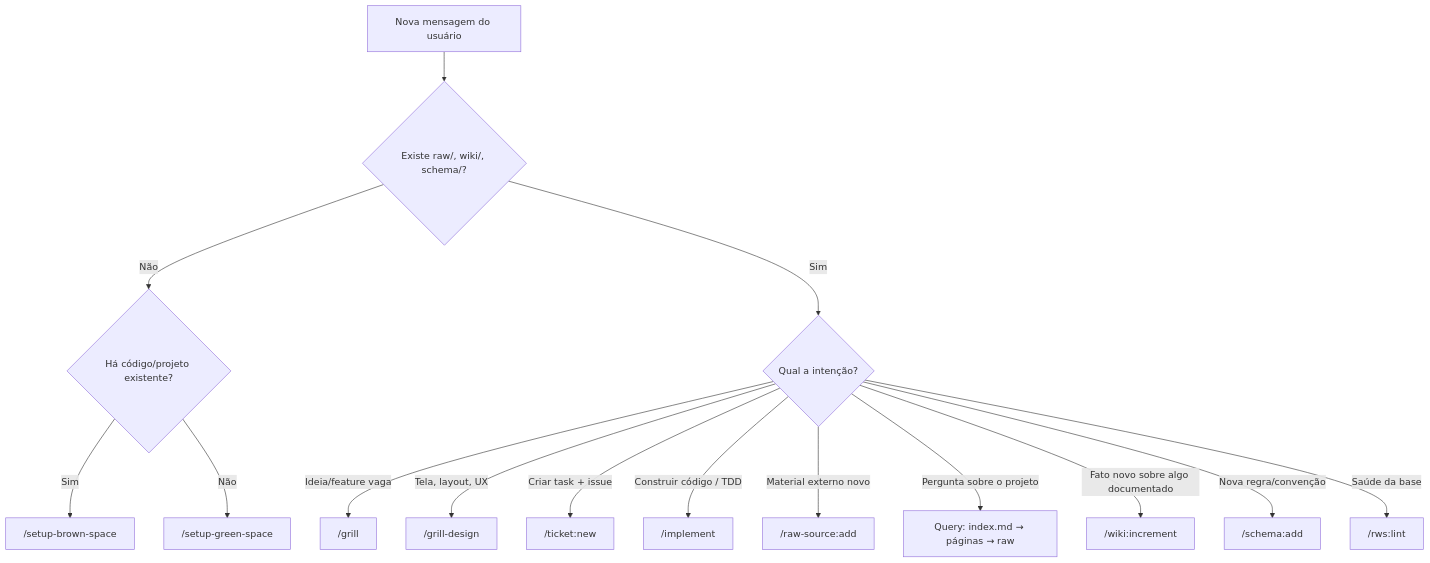
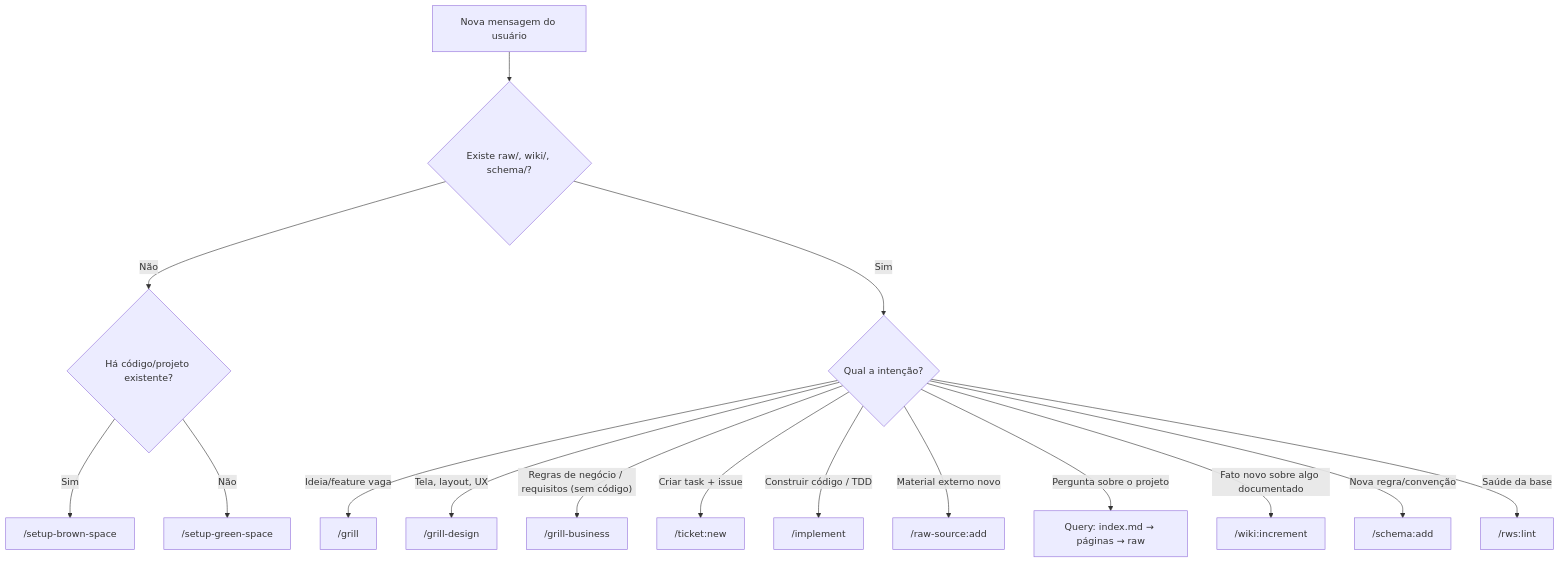
Before and after one commit to victor-lis-bronzo/rws-skill: the diagram in skills/rws/core/agent-router.md, drawn with Mermaid. The commit also changed other lines of this file and 33 other files, not shown here.

First line of the commit message:
feat(business): add business rules layer and /grill-business workflow

````diff
--- a/skills/rws/core/agent-router.md
+++ b/skills/rws/core/agent-router.md
@@ -14,17 +14,18 @@
 ```mermaid
 flowchart TD
     A["Nova mensagem do usuário"] --> B{"Existe raw/, wiki/, schema/?"}
     B -- Não --> C{"Há código/projeto existente?"}
     C -- Sim --> SBS["/setup-brown-space"]
     C -- Não --> SGS["/setup-green-space"]
     B -- Sim --> D{"Qual a intenção?"}
     D -- "Ideia/feature vaga" --> G["/grill"]
     D -- "Tela, layout, UX" --> GD["/grill-design"]
+    D -- "Regras de negócio / requisitos (sem código)" --> GB["/grill-business"]
     D -- "Criar task + issue" --> TN["/ticket:new"]
     D -- "Construir código / TDD" --> IMP["/implement"]
     D -- "Material externo novo" --> RA["/raw-source:add"]
     D -- "Pergunta sobre o projeto" --> Q["Query: index.md → páginas → raw"]
     D -- "Fato novo sobre algo documentado" --> WI["/wiki:increment"]
     D -- "Nova regra/convenção" --> SA["/schema:add"]
     D -- "Saúde da base" --> L["/rws:lint"]
 ```
````
